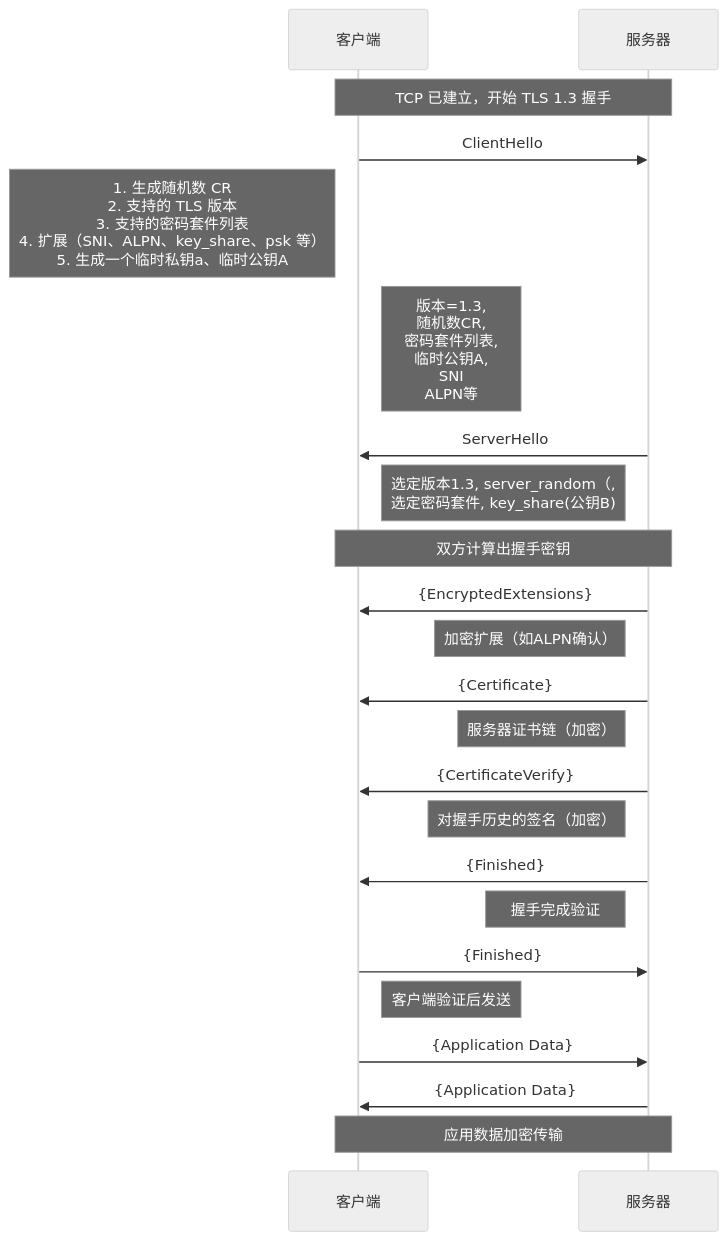
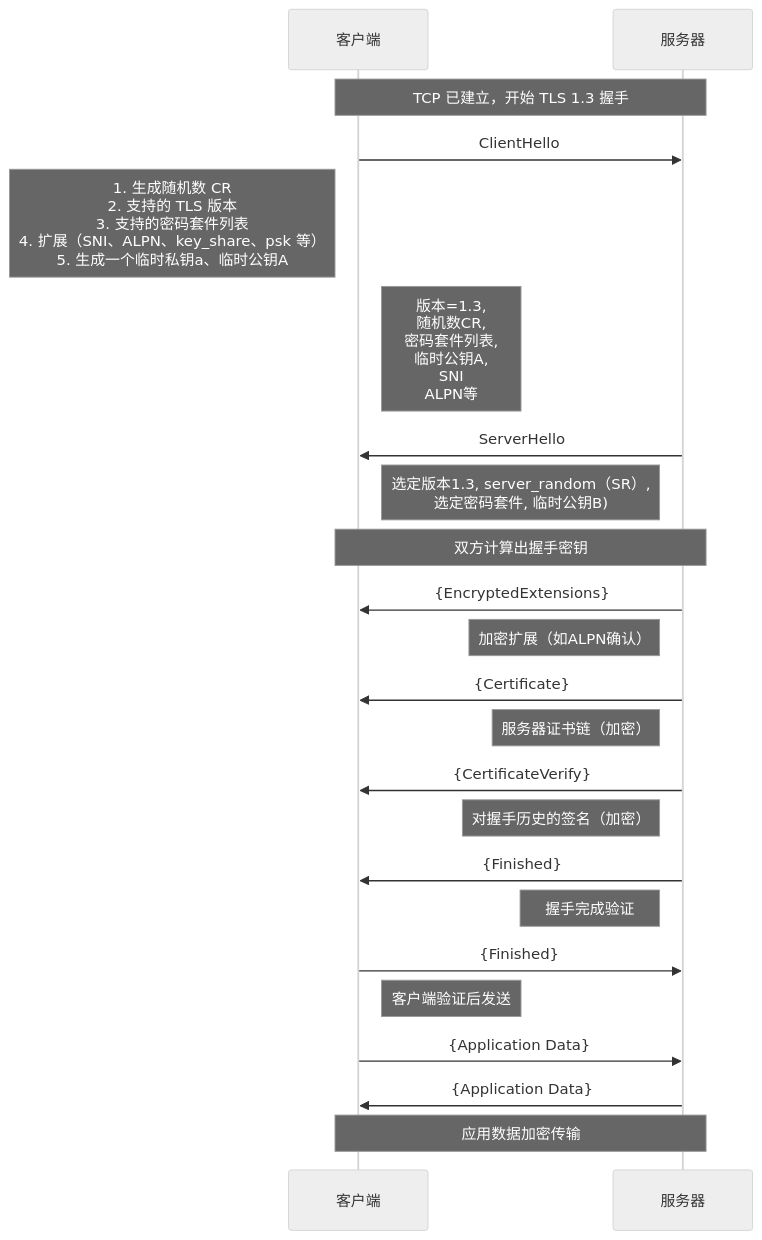
Before and after one commit to HY-10-8/iodraw-files: the diagram in all/TLS-1.3-通用.md, drawn with Mermaid (neutral theme).

Commit message:
2026-03-30 17:59:09 update

````diff
--- a/all/TLS-1.3-通用.md
+++ b/all/TLS-1.3-通用.md
@@ -1,35 +1,35 @@
 ```mermaid
 sequenceDiagram
     participant C as 客户端
     participant S as 服务器
 
     Note over C,S: TCP 已建立，开始 TLS 1.3 握手
 
     C->>S: ClientHello
     Note left of C: 1. 生成随机数 CR<br/> 2. 支持的 TLS 版本<br/> 3. 支持的密码套件列表<br/> 4. 扩展（SNI、ALPN、key_share、psk 等）<br/> 5. 生成一个临时私钥a、临时公钥A
     Note right of C: 版本=1.3,<br/> 随机数CR,<br/> 密码套件列表,<br/> 临时公钥A,<br/> SNI<br/> ALPN等
 
     S->>C: ServerHello
-    Note left of S: 选定版本1.3, server_random（,<br/> 选定密码套件, key_share(公钥B)
+    Note left of S: 选定版本1.3, server_random（SR）,<br/> 选定密码套件, 临时公钥B)
 
     Note over C,S: 双方计算出握手密钥
 
     S->>C: {EncryptedExtensions}
     Note left of S: 加密扩展（如ALPN确认）
 
     S->>C: {Certificate}
     Note left of S: 服务器证书链（加密）
 
     S->>C: {CertificateVerify}
     Note left of S: 对握手历史的签名（加密）
 
     S->>C: {Finished}
     Note left of S: 握手完成验证
 
     C->>S: {Finished}
     Note right of C: 客户端验证后发送
 
     C->>S: {Application Data}
     S->>C: {Application Data}
     Note over C,S: 应用数据加密传输
 ```
````
